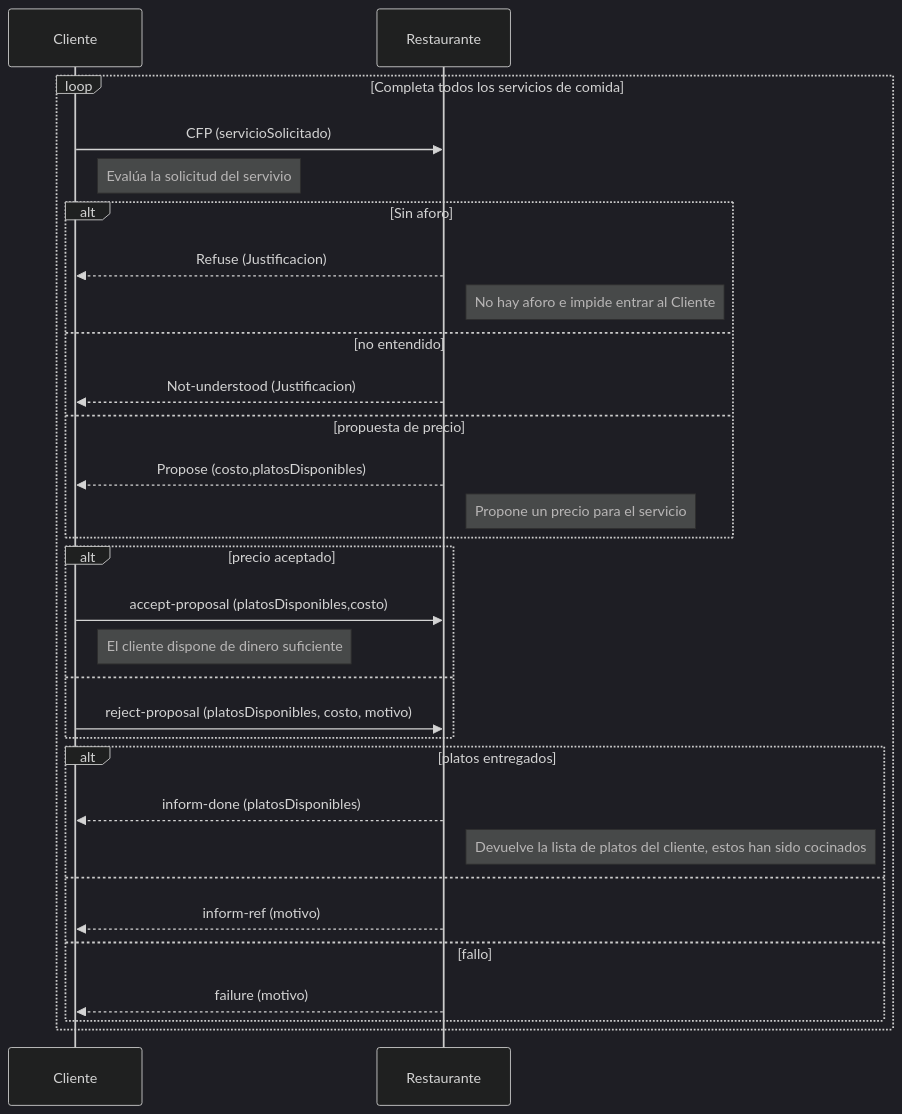
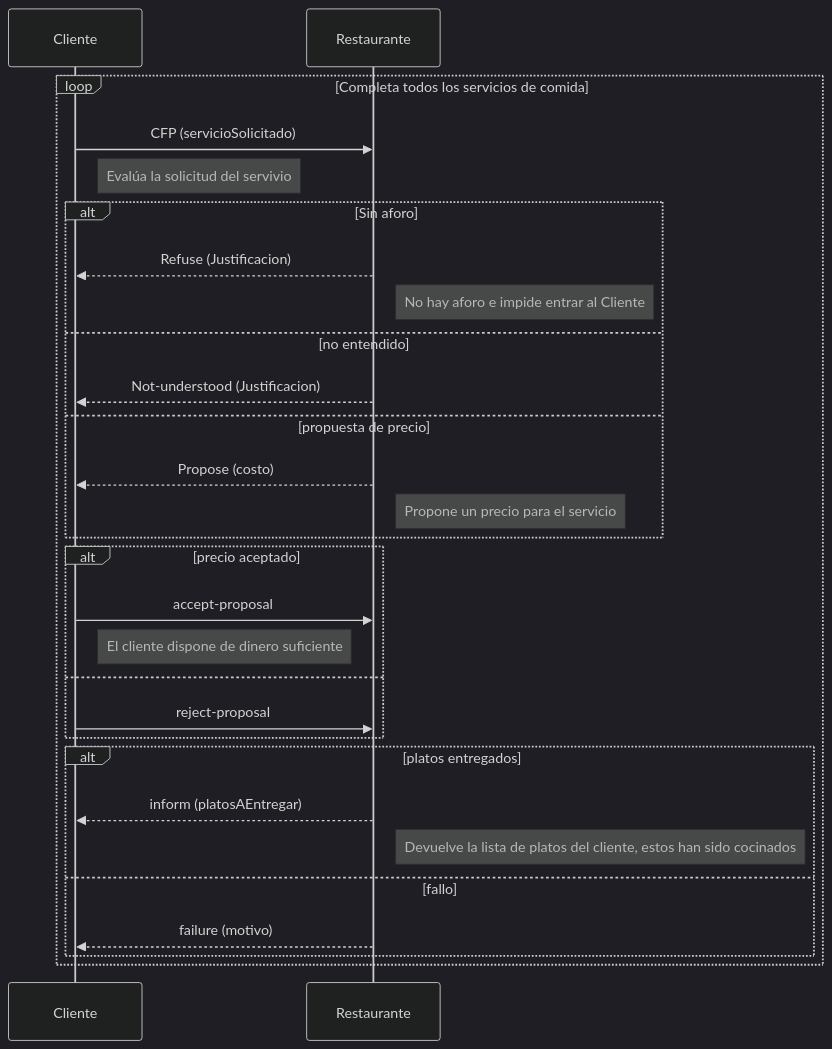
Before and after one commit to daniel23cc/Practica2Multiagentes: the first of 2 diagrams in README.md, drawn with Mermaid (dark theme). The commit also changed other lines of this file and 9 other files, not shown here.

````diff
--- a/README.md
+++ b/README.md
@@ -174,36 +313,63 @@
 ```mermaid
+
 sequenceDiagram
-	participant Cliente
-	participant Restaurante 
-	loop Completa todos los servicios de comida 
-		Cliente->>Restaurante: CFP (servicioSolicitado)
-		Note right of Cliente: Evalúa la solicitud del servivio 
-		
-		alt Sin aforo
-			Restaurante-->>Cliente: Refuse (Justificacion)
-			Note right of Restaurante: No hay aforo e impide entrar al Cliente 
-		else no entendido
-			Restaurante-->>Cliente: Not-understood (Justificacion)
-		else propuesta de precio
-			Restaurante-->>Cliente: Propose (costo,platosDisponibles) 
-			Note right of Restaurante: Propone un precio para el servicio
-		end
-		
-		alt precio aceptado
-			Cliente->>Restaurante: accept-proposal (platosDisponibles,costo)
-			Note right of Cliente: El cliente dispone de dinero suficiente
-		else
-			Cliente->>Restaurante: reject-proposal (platosDisponibles, costo, motivo)
-		end
-		
-		alt platos entregados
-			Restaurante-->>Cliente: inform-done (platosDisponibles)
-			Note right of Restaurante: Devuelve la lista de platos del cliente, estos han sido cocinados
-		else
-			Restaurante-->>Cliente: inform-ref (motivo)
-		else fallo
-			Restaurante-->>Cliente: failure (motivo)
-		end
-	end
+
+participant Cliente
+
+participant Restaurante
+
+loop Completa todos los servicios de comida
+
+Cliente->>Restaurante: CFP (servicioSolicitado)
+
+Note right of Cliente: Evalúa la solicitud del servivio
+
+alt Sin aforo
+
+Restaurante-->>Cliente: Refuse (Justificacion)
+
+Note right of Restaurante: No hay aforo e impide entrar al Cliente
+
+else no entendido
+
+Restaurante-->>Cliente: Not-understood (Justificacion)
+
+else propuesta de precio
+
+Restaurante-->>Cliente: Propose (costo)
+
+Note right of Restaurante: Propone un precio para el servicio
+
+end
+
+alt precio aceptado
+
+Cliente->>Restaurante: accept-proposal
+
+Note right of Cliente: El cliente dispone de dinero suficiente
+
+else
+
+Cliente->>Restaurante: reject-proposal
+
+end
+
+alt platos entregados
+
+Restaurante-->>Cliente: inform (platosAEntregar)
+
+Note right of Restaurante: Devuelve la lista de platos del cliente, estos han sido cocinados
+
+
+
+else fallo
+
+Restaurante-->>Cliente: failure (motivo)
+
+end
+
+end
+
+  
 
 ```
````
